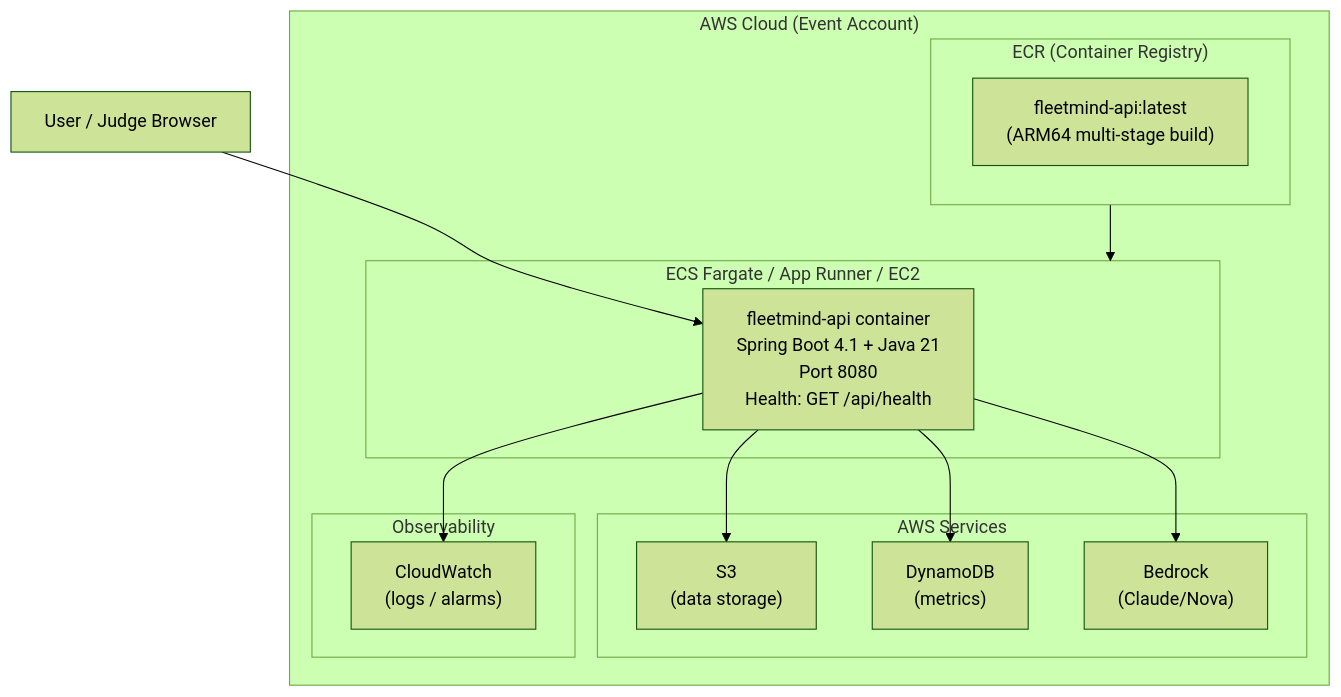
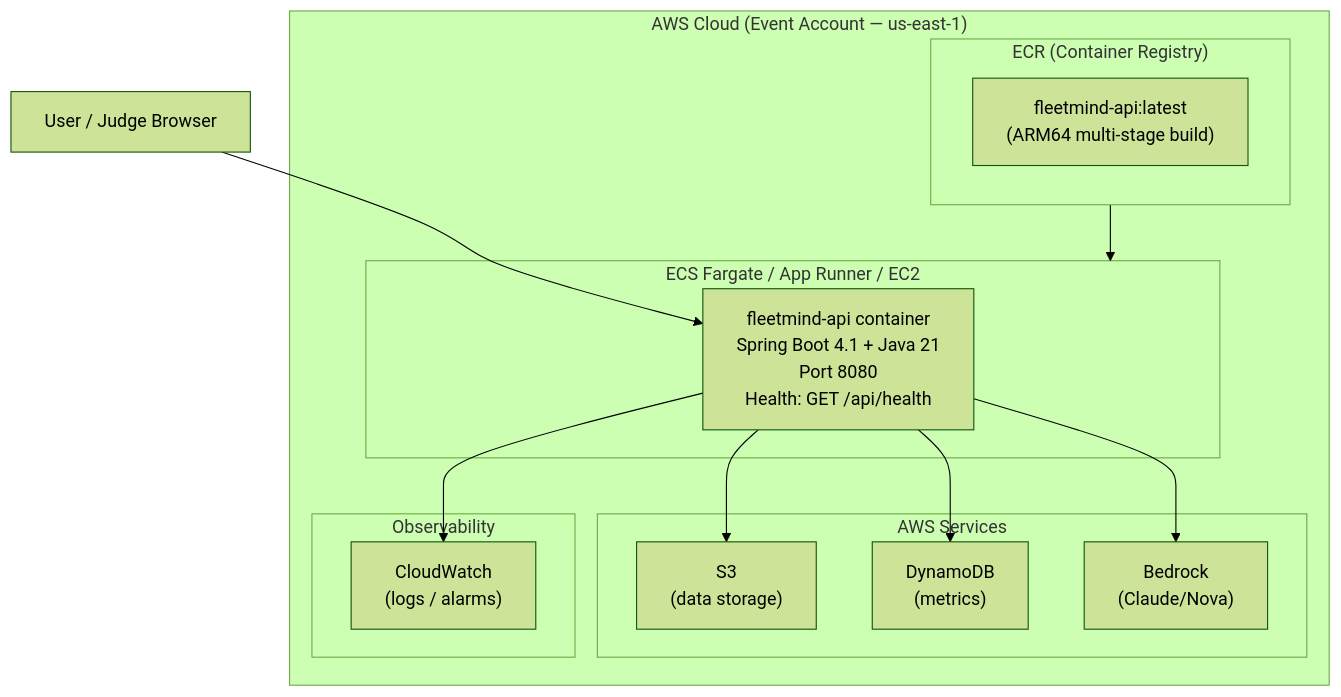
Before and after one commit to wsx5031060310guy/fleetmind-yang-ming-hackathon: the fifth of 10 diagrams in ai-context/ARCHITECTURE_DIAGRAM.md, drawn with Mermaid (forest theme). The commit also changed other lines of this file, not shown here.

Commit message:
fix: address Codex review — correct region to us-east-1, rename 25% score label to 油耗預測正確性

````diff
--- a/ai-context/ARCHITECTURE_DIAGRAM.md
+++ b/ai-context/ARCHITECTURE_DIAGRAM.md
@@ -168,30 +168,30 @@
 ```mermaid
 graph TB
-    subgraph AWS["AWS Cloud (Event Account)"]
+    subgraph AWS["AWS Cloud (Event Account — us-east-1)"]
         subgraph ECR["ECR (Container Registry)"]
             Image["fleetmind-api:latest<br/>(ARM64 multi-stage build)"]
         end
 
         subgraph Compute["ECS Fargate / App Runner / EC2"]
             Container["fleetmind-api container<br/>Spring Boot 4.1 + Java 21<br/>Port 8080<br/>Health: GET /api/health"]
         end
 
         subgraph Services["AWS Services"]
             S3["S3<br/>(data storage)"]
             DynamoDB["DynamoDB<br/>(metrics)"]
             BedrockSvc["Bedrock<br/>(Claude/Nova)"]
         end
 
         subgraph Observability["Observability"]
             CW["CloudWatch<br/>(logs / alarms)"]
         end
 
         ECR --> Compute
         Container --> S3
         Container --> DynamoDB
         Container --> BedrockSvc
         Container --> CW
     end
 
     User["User / Judge Browser"] --> Container
 ```
````
